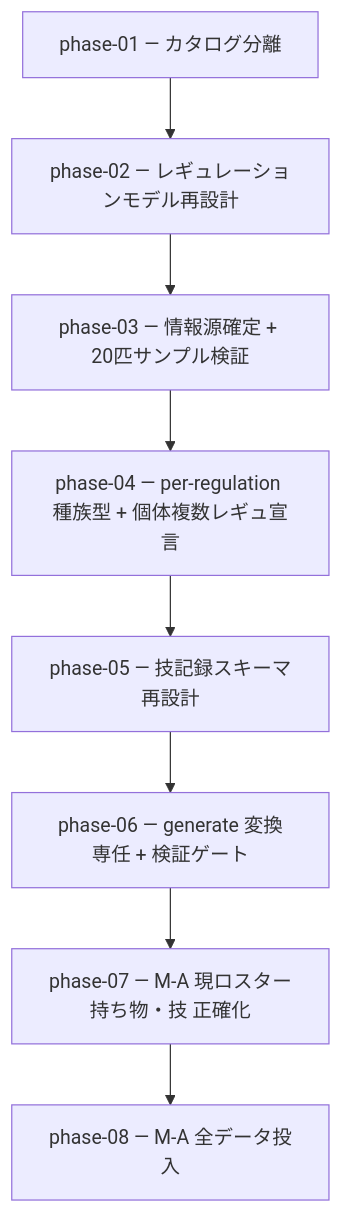
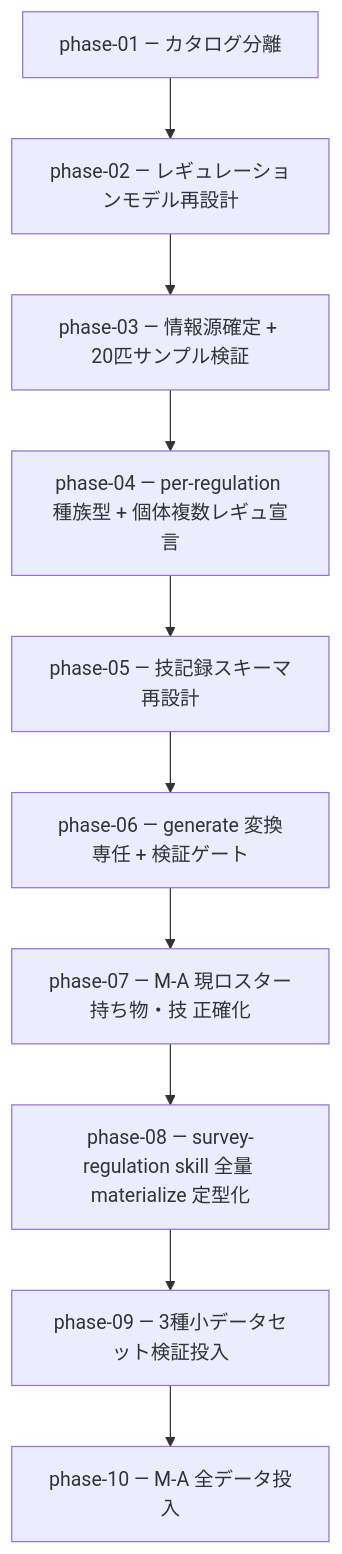
One commit to subroh0508/pokeform changed the diagram in docs/plan/02-data-model-redesign/README.md. Above: the diagram before and after it, drawn with Mermaid. The commit also changed other lines of this file and 5 other files, not shown here.

First line of the commit message:
docs(plan): 02 全量投入の手前に 2 phase 挿入（survey skill 定型化 + 3種小データセット検証）

````diff
--- a/docs/plan/02-data-model-redesign/README.md
+++ b/docs/plan/02-data-model-redesign/README.md
@@ -14,10 +14,12 @@
 ```mermaid
 flowchart TD
     P1[phase-01 — カタログ分離] --> P2[phase-02 — レギュレーションモデル再設計]
     P2 --> P3[phase-03 — 情報源確定 + 20匹サンプル検証]
     P3 --> P4[phase-04 — per-regulation 種族型 + 個体複数レギュ宣言]
     P4 --> P5[phase-05 — 技記録スキーマ再設計]
     P5 --> P6[phase-06 — generate 変換専任 + 検証ゲート]
     P6 --> P7[phase-07 — M-A 現ロスター持ち物・技 正確化]
-    P7 --> P8[phase-08 — M-A 全データ投入]
+    P7 --> P8[phase-08 — survey-regulation skill 全量 materialize 定型化]
+    P8 --> P9[phase-09 — 3種小データセット検証投入]
+    P9 --> P10[phase-10 — M-A 全データ投入]
 ```
````
